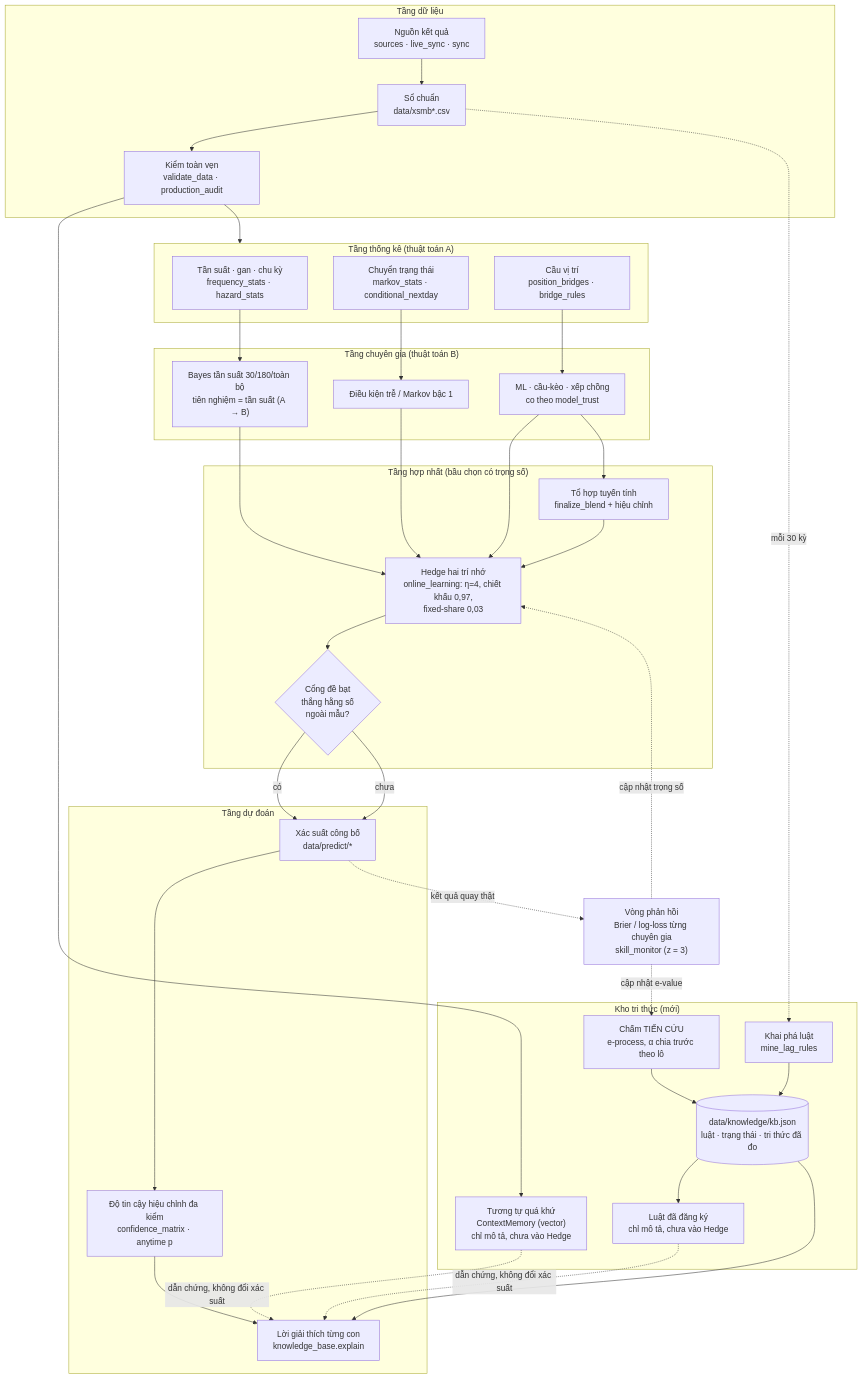
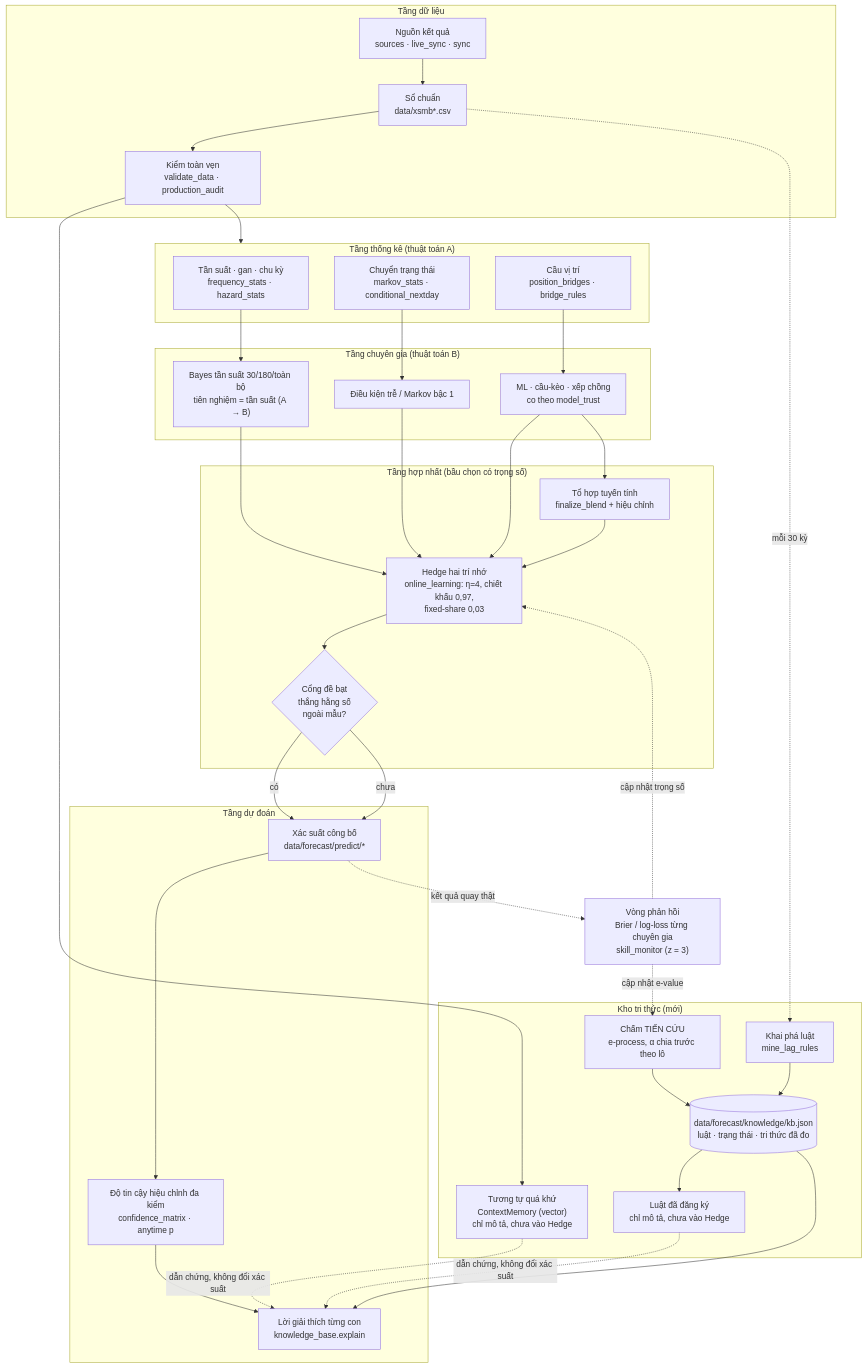
One commit to beuvivu/VLA changed the first of 2 diagrams in documentation/architecture/2026-10-13-he-suy-luan-va-tu-hoc.md. Above: the diagram before and after it, drawn with Mermaid. The commit also changed other lines of this file and 1267 other files, not shown here.

````diff
--- a/documentation/architecture/2026-10-13-he-suy-luan-va-tu-hoc.md
+++ b/documentation/architecture/2026-10-13-he-suy-luan-va-tu-hoc.md
@@ -32,59 +32,59 @@
 ```mermaid
 flowchart TD
     subgraph INGEST["Tầng dữ liệu"]
         SRC["Nguồn kết quả<br/>sources · live_sync · sync"] --> CANON["Sổ chuẩn<br/>data/xsmb*.csv"]
         CANON --> VALID["Kiểm toàn vẹn<br/>validate_data · production_audit"]
     end
 
     subgraph STATS["Tầng thống kê (thuật toán A)"]
         FREQ["Tần suất · gan · chu kỳ<br/>frequency_stats · hazard_stats"]
         MARKOV["Chuyển trạng thái<br/>markov_stats · conditional_nextday"]
         BRIDGE["Cầu vị trí<br/>position_bridges · bridge_rules"]
     end
 
     subgraph EXPERTS["Tầng chuyên gia (thuật toán B)"]
         BAYES["Bayes tần suất 30/180/toàn bộ<br/>tiên nghiệm = tần suất (A → B)"]
         LAG["Điều kiện trễ / Markov bậc 1"]
         ML["ML · cầu-kèo · xếp chồng<br/>co theo model_trust"]
     end
 
     subgraph FUSE["Tầng hợp nhất (bầu chọn có trọng số)"]
         BLEND["Tổ hợp tuyến tính<br/>finalize_blend + hiệu chỉnh"]
         HEDGE["Hedge hai trí nhớ<br/>online_learning: η=4, chiết khấu 0,97,<br/>fixed-share 0,03"]
         GATE{"Cổng đề bạt<br/>thắng hằng số<br/>ngoài mẫu?"}
     end
 
     subgraph OUT["Tầng dự đoán"]
-        PRED["Xác suất công bố<br/>data/predict/*"]
+        PRED["Xác suất công bố<br/>data/forecast/predict/*"]
         CONF["Độ tin cậy hiệu chỉnh đa kiểm<br/>confidence_matrix · anytime p"]
         XAI["Lời giải thích từng con<br/>knowledge_base.explain"]
     end
 
     subgraph KB["Kho tri thức (mới)"]
         MINE["Khai phá luật<br/>mine_lag_rules"]
-        STORE[("data/knowledge/kb.json<br/>luật · trạng thái · tri thức đã đo")]
+        STORE[("data/forecast/knowledge/kb.json<br/>luật · trạng thái · tri thức đã đo")]
         SCORE["Chấm TIẾN CỨU<br/>e-process, α chia trước theo lô"]
         ANALOG["Tương tự quá khứ<br/>ContextMemory (vector)<br/>chỉ mô tả, chưa vào Hedge"]
         RULES["Luật đã đăng ký<br/>chỉ mô tả, chưa vào Hedge"]
     end
 
     VALID --> STATS
     FREQ --> BAYES
     MARKOV --> LAG
     BRIDGE --> ML
     VALID --> ANALOG
     MINE --> STORE --> RULES
     BAYES & LAG & ML --> HEDGE
     ML --> BLEND --> HEDGE
     HEDGE --> GATE
     GATE -- "có" --> PRED
     GATE -- "chưa" --> PRED
     PRED --> CONF --> XAI
     STORE --> XAI
     ANALOG & RULES -. "dẫn chứng, không đổi xác suất" .-> XAI
 
     PRED -. "kết quả quay thật" .-> FEEDBACK["Vòng phản hồi<br/>Brier / log-loss từng chuyên gia<br/>skill_monitor (z = 3)"]
     FEEDBACK -. "cập nhật trọng số" .-> HEDGE
     FEEDBACK -. "cập nhật e-value" .-> SCORE --> STORE
     CANON -. "mỗi 30 kỳ" .-> MINE
 ```
````
